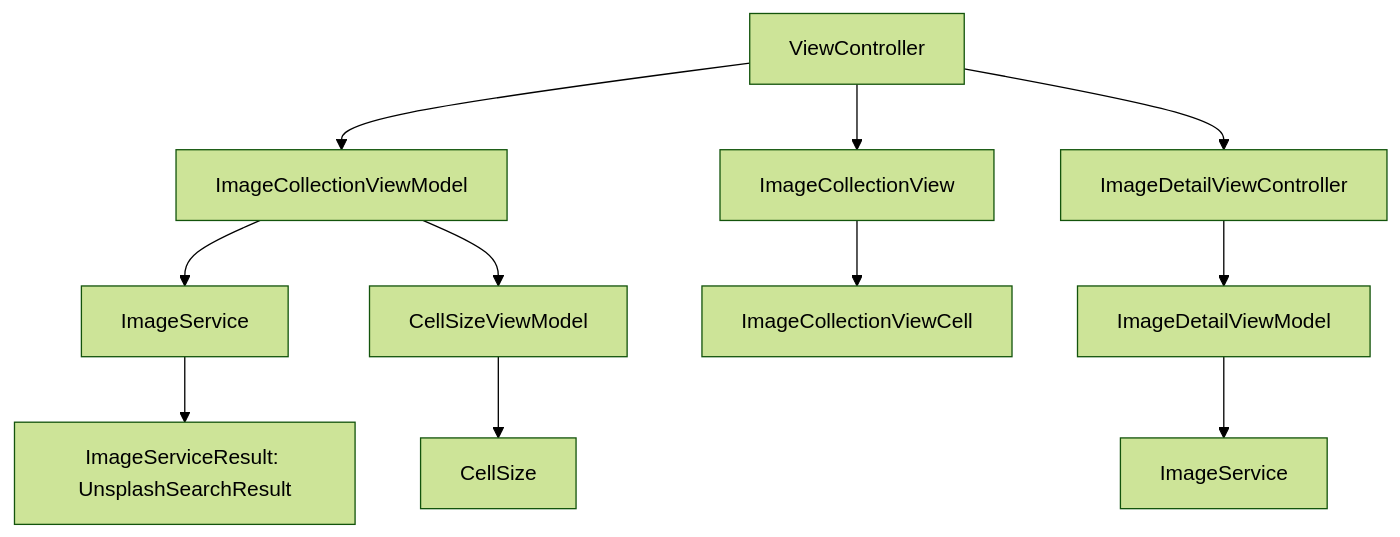
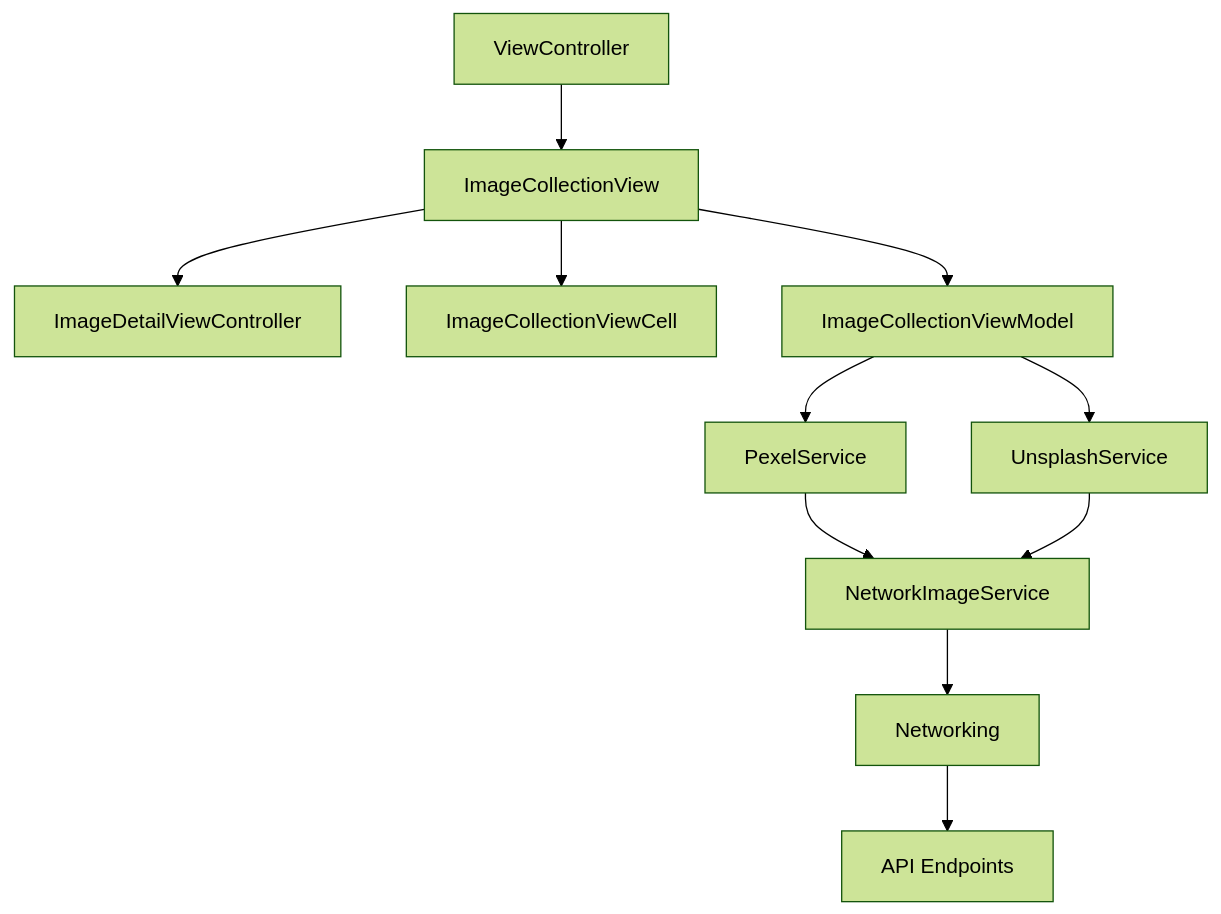
One commit to zacdu/ImageCollection changed the diagram in README.md. Above: the diagram before and after it, drawn with Mermaid (forest theme).

````diff
--- a/README.md
+++ b/README.md
@@ -5,14 +5,14 @@
 ```mermaid
 graph TD
-  A[ViewController] --> B[ImageCollectionViewModel]
-  B --> C[ImageService]
-  C --> D[ImageServiceResult: UnsplashSearchResult]
-  B --> E[CellSizeViewModel]
-  E --> F[CellSize]
-  A --> G[ImageCollectionView]
-  G --> H[ImageCollectionViewCell]
-  A --> I[ImageDetailViewController]
-  I --> J[ImageDetailViewModel]
-  J --> K[ImageService]
+  A[ViewController] --> B[ImageCollectionView]
+  B --> C[ImageDetailViewController]
+  B --> D[ImageCollectionViewCell]
+  B --> E[ImageCollectionViewModel]
+  E --> F[PexelService]
+  E --> G[UnsplashService]
+  F --> H[NetworkImageService]
+  G --> H
+  H --> I[Networking]
+  I --> J[API Endpoints]
 
 ```
````
